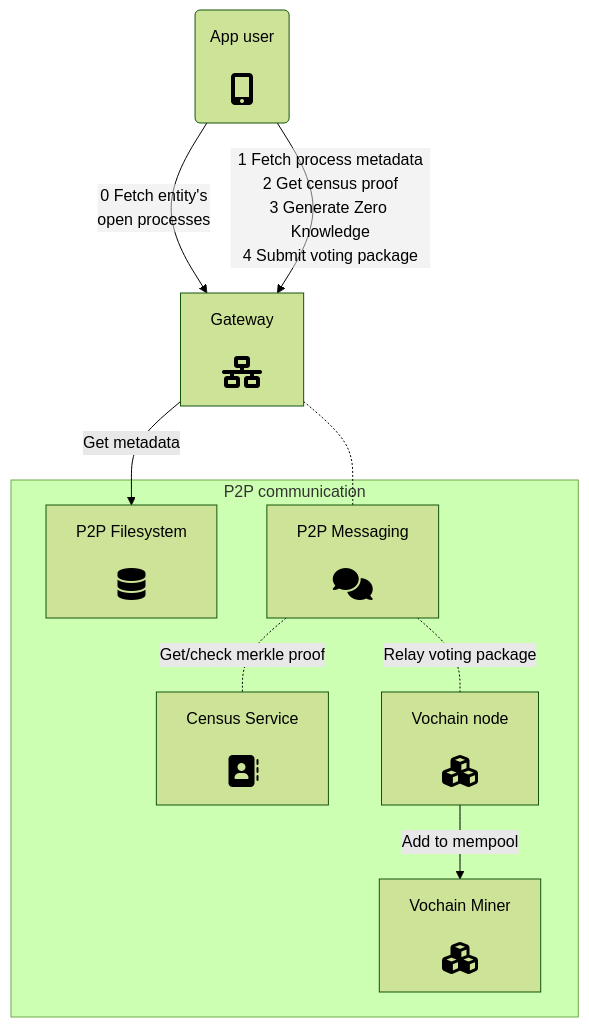
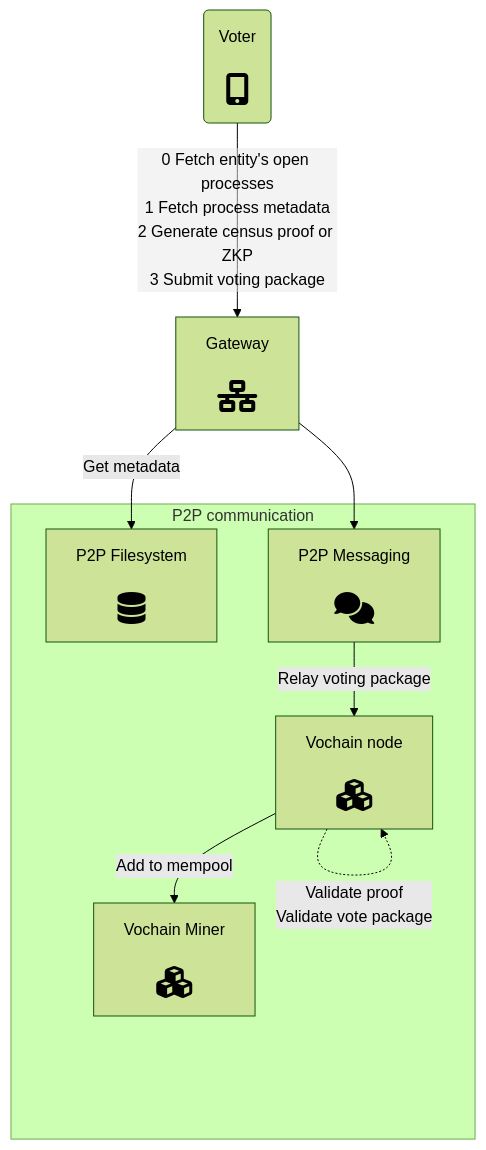
Before and after one commit to vocdoni/docs: the second of 3 diagrams in src/architecture/process-overview.md, drawn with Mermaid (forest theme). The commit also changed other lines of this file, not shown here.

Commit message:
Remove census service from process overview

````diff
--- a/src/architecture/process-overview.md
+++ b/src/architecture/process-overview.md
@@ -54,28 +44,25 @@
 ```mermaid
 
 graph TD
-APP(<center>App user<br/><br/><i class='fa fa-2x fa-mobile-alt'/></center>)
+APP(<center>Voter<br/><br/><i class='fa fa-2x fa-mobile-alt'/></center>)
 DATA[<center>P2P Filesystem<br/><br/><i class='fa fa-2x fa-database'/></center>]
 GW[<center>Gateway<br/><br/><i class='fa fa-2x fa-network-wired'/></center>]
 PSS[<center>P2P Messaging<br/><br/><i class='fa fa-2x fa-comments'/></center>]
-CS[<center>Census Service<br/><br/><i class='fa fa-2x fa-address-book'/></center>]
 VN[<center>Vochain node<br/><br/><i class='fa fa-2x fa-cubes'/></center>]
 VM[<center>Vochain Miner<br/><br/><i class='fa fa-2x fa-cubes'/></center>]
 
-APP --> |<center>0 Fetch entity's <br/>open processes</center>| GW
-APP -->|<center>1 Fetch process metadata<br/>2 Get census proof<br/>3 Generate Zero Knowledge<br/>4 Submit voting package</center>| GW
+APP -->|<center>0 Fetch entity's open processes<br/>1 Fetch process metadata<br/>2 Generate census proof or ZKP<br/>3 Submit voting package</center>| GW
 GW -->|Get metadata|DATA
-GW -.- PSS
-PSS -.-|Get/check merkle proof|CS
-PSS -.-|Relay voting package|VN
+GW --> PSS
+PSS -->|Relay voting package|VN
 VN -->|Add to mempool|VM
+VN -.->|Validate proof<br/>Validate vote package|VN
 
 subgraph P2P communication
 	VM
 	DATA
 	PSS
 	VN
-	CS
 end
 
 ```
````
